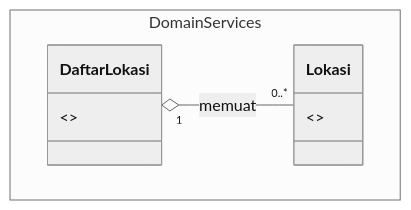
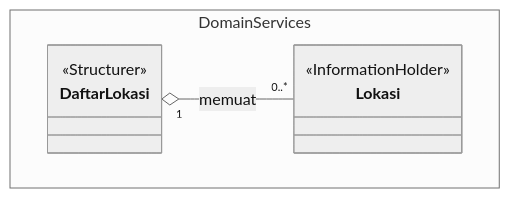
The fourth of 9 diagrams in docs/M4/K03_G02_CD.md (star-scripter/IF2150-RPL-K03-G02), drawn with Mermaid (neutral theme) before and after one commit. The commit also changed other lines of this file, not shown here.

````diff
--- a/docs/M4/K03_G02_CD.md
+++ b/docs/M4/K03_G02_CD.md
@@ -483,15 +483,15 @@
 ```mermaid
 classDiagram
     direction TB
 
     namespace DomainServices {
         class DaftarLokasi {
-            <>
         }
         class Lokasi {
-            <>
         }
     }
+    <<Structurer>> DaftarLokasi
+    <<InformationHolder>> Lokasi
 
     DaftarLokasi "1" o-- "0..*" Lokasi : memuat
 ```
````
